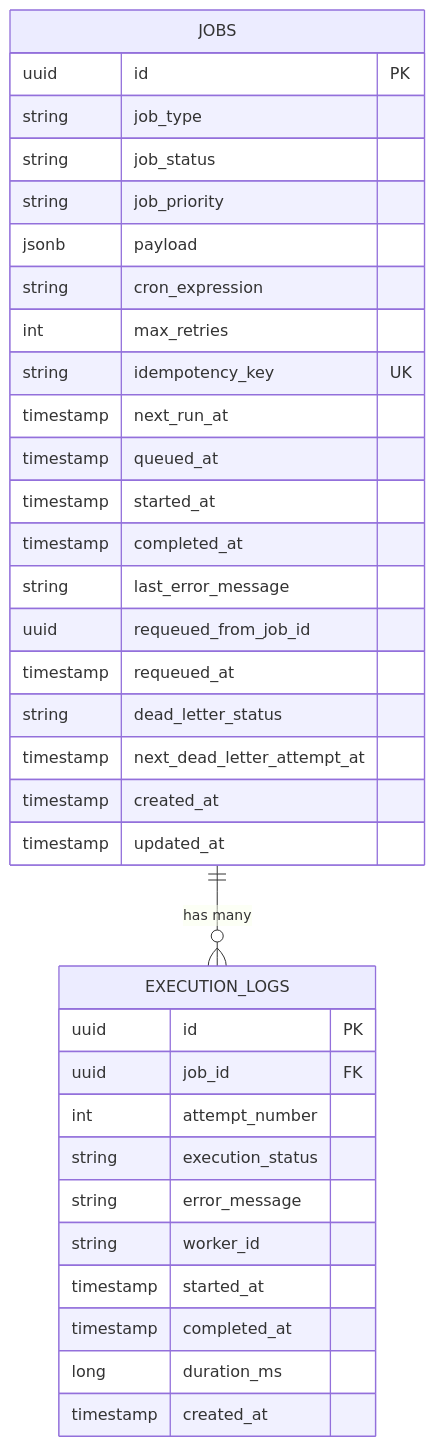
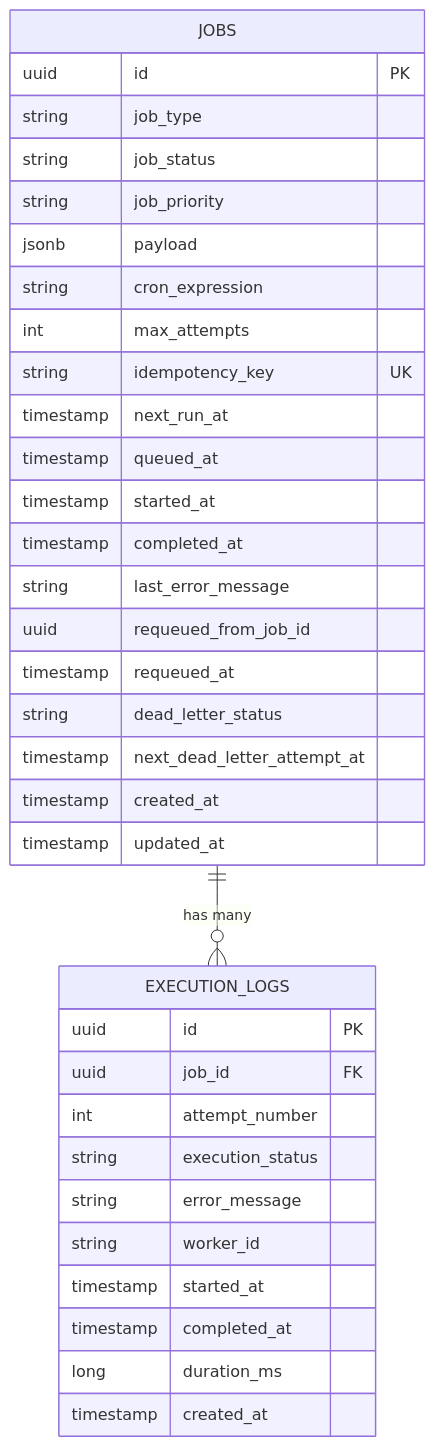
One commit to harshithrao07/distributed-scheduler changed the tenth of 10 diagrams in Readme.md. Above: the diagram before and after it, drawn with Mermaid. The commit also changed other lines of this file and 8 other files, not shown here.

````diff
--- a/Readme.md
+++ b/Readme.md
@@ -364,39 +456,39 @@
 ```mermaid
 erDiagram
     JOBS ||--o{ EXECUTION_LOGS : "has many"
 
     JOBS {
         uuid id PK
         string job_type
         string job_status
         string job_priority
         jsonb payload
         string cron_expression
-        int max_retries
+        int max_attempts
         string idempotency_key UK
         timestamp next_run_at
         timestamp queued_at
         timestamp started_at
         timestamp completed_at
         string last_error_message
         uuid requeued_from_job_id
         timestamp requeued_at
         string dead_letter_status
         timestamp next_dead_letter_attempt_at
         timestamp created_at
         timestamp updated_at
     }
 
     EXECUTION_LOGS {
         uuid id PK
         uuid job_id FK
         int attempt_number
         string execution_status
         string error_message
         string worker_id
         timestamp started_at
         timestamp completed_at
         long duration_ms
         timestamp created_at
     }
 ```
````
